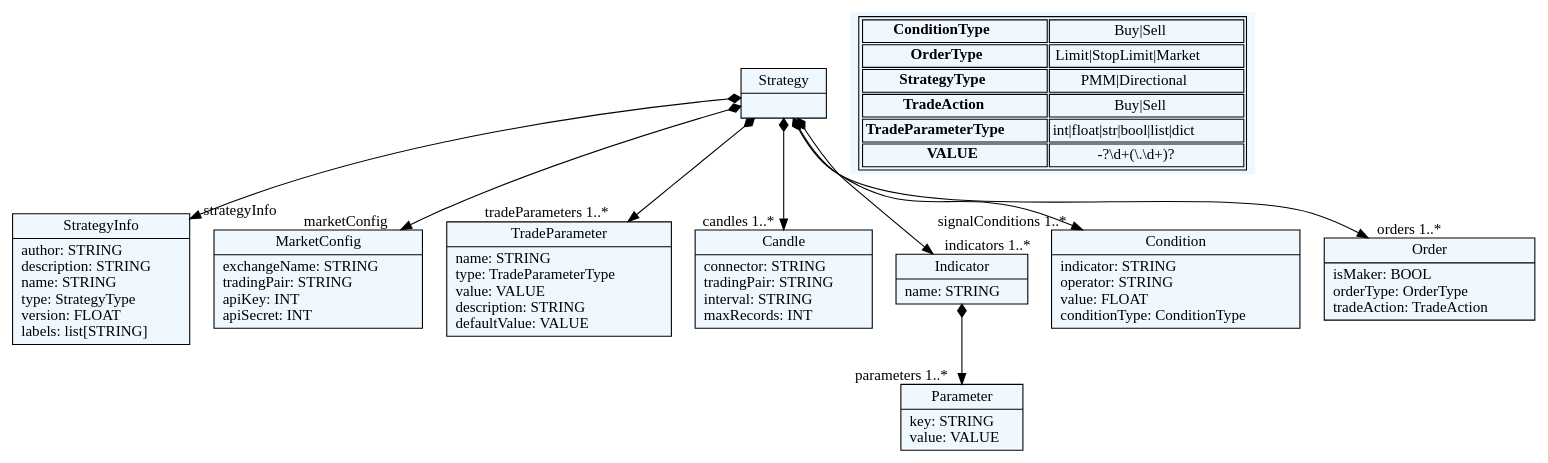
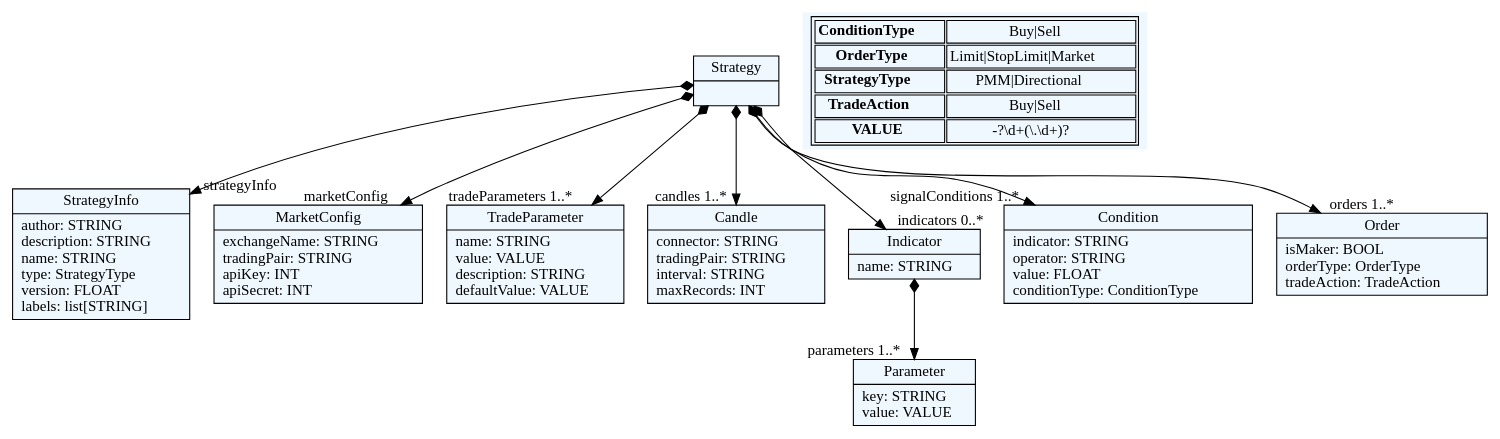
One commit to christos99/custom_hummingbot_HFCTB_DSL changed the diagram in textx/grammar.dot. Above: the diagram before and after it, drawn with Graphviz. The commit also changed 4 other files, not shown here.

```diff
--- a/textx/grammar.dot
+++ b/textx/grammar.dot
@@ -1,64 +1,61 @@
 
     digraph textX {
     fontname = "Bitstream Vera Sans"
     fontsize = 8
     node[
         shape=record,
         style=filled,
         fillcolor=aliceblue
     ]
     nodesep = 0.3
     edge[dir=black,arrowtail=empty]
 
 
-4436043584[ label="{Strategy|}"]
+5098269648[ label="{Strategy|}"]
 
-4436045504[ label="{StrategyInfo|author: STRING\ldescription: STRING\lname: STRING\ltype: StrategyType\lversion: FLOAT\llabels: list[STRING]\l}"]
+5098315344[ label="{StrategyInfo|author: STRING\ldescription: STRING\lname: STRING\ltype: StrategyType\lversion: FLOAT\llabels: list[STRING]\l}"]
 
-4436050880[ label="{MarketConfig|exchangeName: STRING\ltradingPair: STRING\lapiKey: INT\lapiSecret: INT\l}"]
+5098319952[ label="{MarketConfig|exchangeName: STRING\ltradingPair: STRING\lapiKey: INT\lapiSecret: INT\l}"]
 
-4436053568[ label="{TradeParameter|name: STRING\ltype: TradeParameterType\lvalue: VALUE\ldescription: STRING\ldefaultValue: VALUE\l}"]
+5098322640[ label="{TradeParameter|name: STRING\lvalue: VALUE\ldescription: STRING\ldefaultValue: VALUE\l}"]
 
-4436058944[ label="{Candle|connector: STRING\ltradingPair: STRING\linterval: STRING\lmaxRecords: INT\l}"]
+5098325328[ label="{Candle|connector: STRING\ltradingPair: STRING\linterval: STRING\lmaxRecords: INT\l}"]
 
-4436061632[ label="{Indicator|name: STRING\l}"]
+5098328016[ label="{Indicator|name: STRING\l}"]
 
-4436064320[ label="{Parameter|key: STRING\lvalue: VALUE\l}"]
+5098330704[ label="{Parameter|key: STRING\lvalue: VALUE\l}"]
 
-4436067008[ label="{Condition|indicator: STRING\loperator: STRING\lvalue: FLOAT\lconditionType: ConditionType\l}"]
+5098333392[ label="{Condition|indicator: STRING\loperator: STRING\lvalue: FLOAT\lconditionType: ConditionType\l}"]
 
-4436072384[ label="{Order|isMaker: BOOL\lorderType: OrderType\ltradeAction: TradeAction\l}"]
+5098338768[ label="{Order|isMaker: BOOL\lorderType: OrderType\ltradeAction: TradeAction\l}"]
 
 
 
-4436043584 -> 4436045504[arrowtail=diamond, dir=both, headlabel="strategyInfo "]
-4436043584 -> 4436050880[arrowtail=diamond, dir=both, headlabel="marketConfig "]
-4436043584 -> 4436053568[arrowtail=diamond, dir=both, headlabel="tradeParameters 1..*"]
-4436043584 -> 4436058944[arrowtail=diamond, dir=both, headlabel="candles 1..*"]
-4436043584 -> 4436061632[arrowtail=diamond, dir=both, headlabel="indicators 1..*"]
-4436043584 -> 4436067008[arrowtail=diamond, dir=both, headlabel="signalConditions 1..*"]
-4436043584 -> 4436072384[arrowtail=diamond, dir=both, headlabel="orders 1..*"]
-4436061632 -> 4436064320[arrowtail=diamond, dir=both, headlabel="parameters 1..*"]
+5098269648 -> 5098315344[arrowtail=diamond, dir=both, headlabel="strategyInfo "]
+5098269648 -> 5098319952[arrowtail=diamond, dir=both, headlabel="marketConfig "]
+5098269648 -> 5098322640[arrowtail=diamond, dir=both, headlabel="tradeParameters 1..*"]
+5098269648 -> 5098325328[arrowtail=diamond, dir=both, headlabel="candles 1..*"]
+5098269648 -> 5098328016[arrowtail=diamond, dir=both, headlabel="indicators 0..*"]
+5098269648 -> 5098333392[arrowtail=diamond, dir=both, headlabel="signalConditions 1..*"]
+5098269648 -> 5098338768[arrowtail=diamond, dir=both, headlabel="orders 1..*"]
+5098328016 -> 5098330704[arrowtail=diamond, dir=both, headlabel="parameters 1..*"]
 match_rules [ shape=plaintext, label=< <table>
 	<tr>
 		<td><b>ConditionType</b></td><td>Buy|Sell</td>
 	</tr>
 	<tr>
 		<td><b>OrderType</b></td><td>Limit|StopLimit|Market</td>
 	</tr>
 	<tr>
 		<td><b>StrategyType</b></td><td>PMM|Directional</td>
 	</tr>
 	<tr>
 		<td><b>TradeAction</b></td><td>Buy|Sell</td>
 	</tr>
 	<tr>
-		<td><b>TradeParameterType</b></td><td>int|float|str|bool|list|dict</td>
-	</tr>
-	<tr>
 		<td><b>VALUE</b></td><td>-?\d+(\.\d+)?</td>
 	</tr>
 </table> >]
 
 
 }
```
